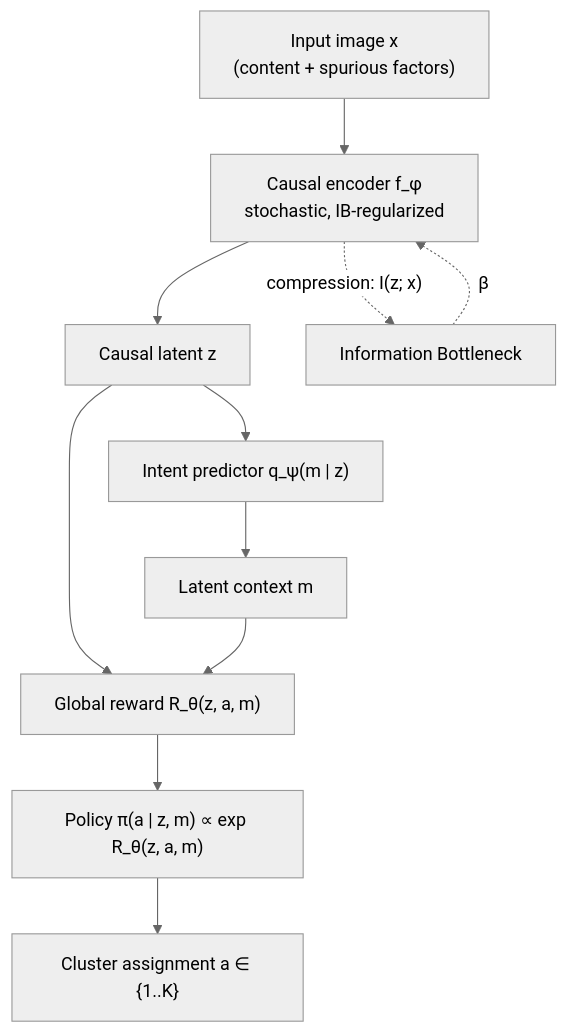
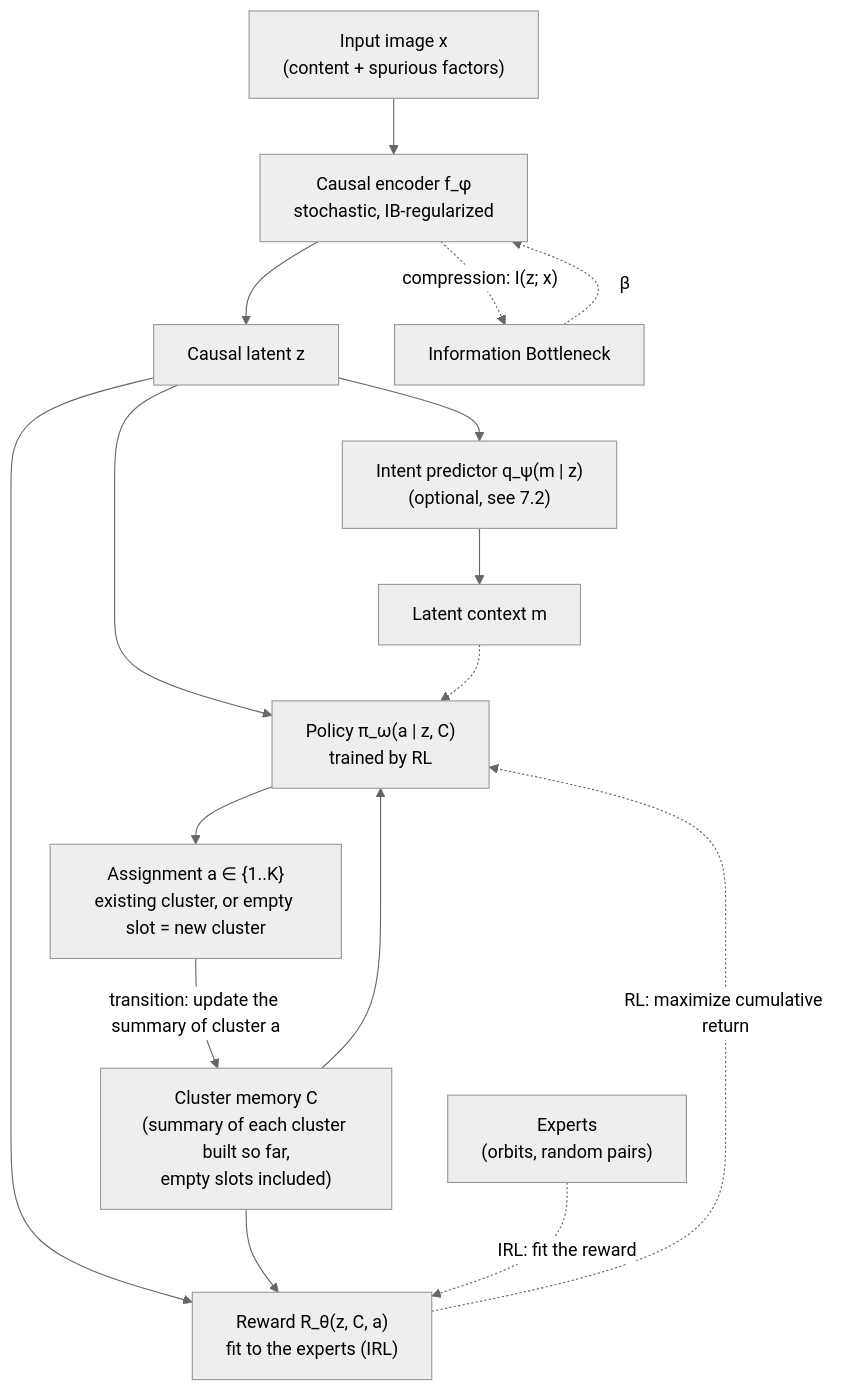
Before and after one commit to Josh012006/CIB-IRL: the first of 2 diagrams in README.md, drawn with Mermaid (neutral theme). The commit also changed other lines of this file, not shown here.

Commit message:
Changed the reward and policy relationship and utility here.

````diff
--- a/README.md
+++ b/README.md
@@ -112,13 +113,18 @@
 ```mermaid
 flowchart TD
     x["Input image x<br/>(content + spurious factors)"] --> enc["Causal encoder f_φ<br/>stochastic, IB-regularized"]
     enc --> z["Causal latent z"]
-    z --> qpsi["Intent predictor q_ψ(m | z)"]
+    z --> qpsi["Intent predictor q_ψ(m | z)<br/>(optional, see 7.2)"]
     qpsi --> m["Latent context m"]
-    z --> rew["Global reward R_θ(z, a, m)"]
-    m --> rew
-    rew --> pi["Policy π(a | z, m) ∝ exp R_θ(z, a, m)"]
-    pi --> a["Cluster assignment a ∈ {1..K}"]
+    z --> pol["Policy π_ω(a | z, C)<br/>trained by RL"]
+    C["Cluster memory C<br/>(summary of each cluster built so far,<br/>empty slots included)"] --> pol
+    m -.-> pol
+    pol --> a["Assignment a ∈ {1..K}<br/>existing cluster, or empty slot = new cluster"]
+    a -- "transition: update the summary of cluster a" --> C
+    z --> rew["Reward R_θ(z, C, a)<br/>fit to the experts (IRL)"]
+    C --> rew
+    exp["Experts<br/>(orbits, random pairs)"] -. "IRL: fit the reward" .-> rew
+    rew -. "RL: maximize cumulative return" .-> pol
     enc -. "compression: I(z; x)" .-> ib["Information Bottleneck"]
     ib -. "β" .-> enc
 ```
````
